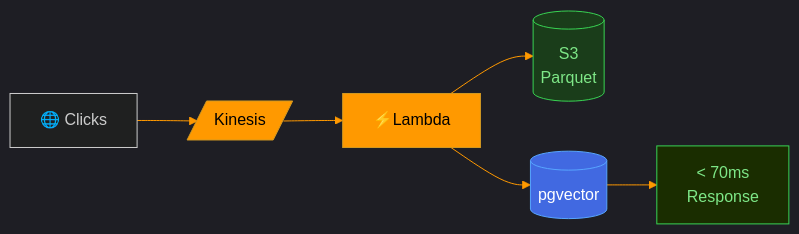
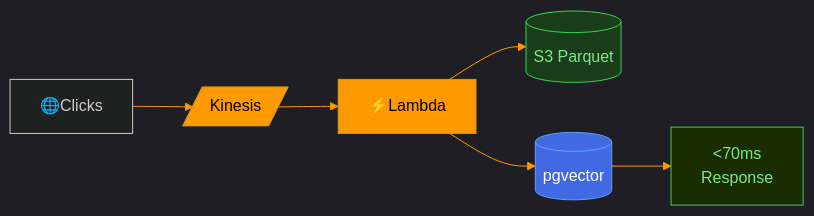
Before and after one commit to shehab-hub-0/shehab-hub-0: the third of 5 diagrams in README.md, drawn with Mermaid. The commit also changed other lines of this file, not shown here.

````diff
--- a/README.md
+++ b/README.md
@@ -253,15 +322,15 @@
 ```mermaid
 %%{init:{"theme":"dark","themeVariables":{"lineColor":"#FF9900"}}}%%
 flowchart LR
-    A["🌐 Clicks"] --> B[/"Kinesis"/]
+    A["🌐Clicks"] --> B[/"Kinesis"/]
     B --> C["⚡Lambda"]
-    C --> D[("S3\nParquet")]
+    C --> D[("S3 Parquet")]
     C --> E[("pgvector")]
-    E --> F["< 70ms\nResponse"]
+    E --> F["<70ms\nResponse"]
 
     style B fill:#FF9900,stroke:#d29922,color:#000
     style C fill:#FF9900,stroke:#d29922,color:#000
     style D fill:#1a3d1a,stroke:#39d353,color:#7ee787
     style E fill:#4169E1,stroke:#58a6ff,color:#fff
     style F fill:#1a2d00,stroke:#39d353,color:#7ee787
 ```
````
